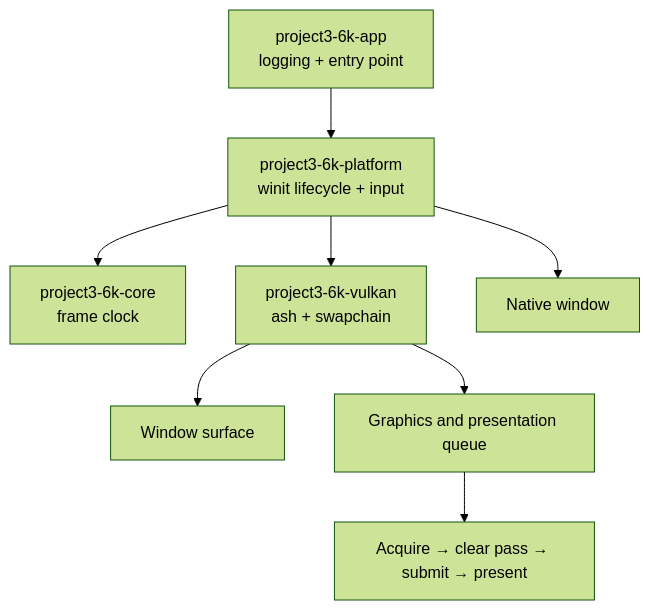
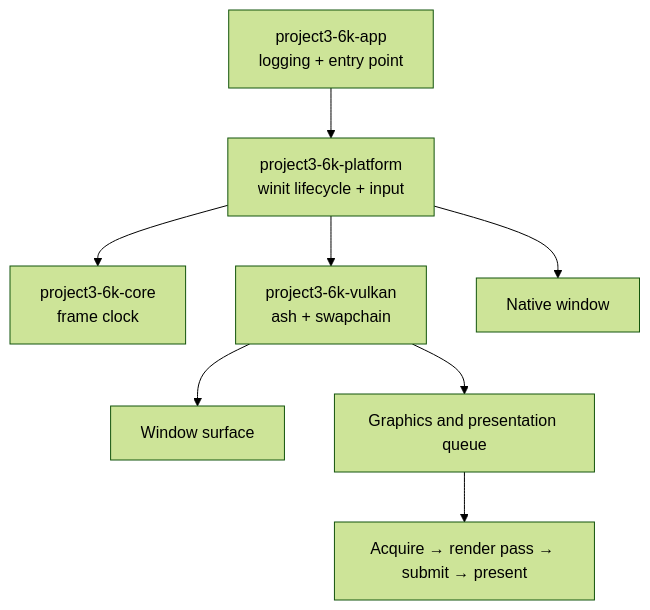
One commit to LarpingAgent/Project3.6k changed the diagram in ARCHITECTURE.md. Above: the diagram before and after it, drawn with Mermaid (forest theme). The commit also changed other lines of this file and 14 other files, not shown here.

````diff
--- a/ARCHITECTURE.md
+++ b/ARCHITECTURE.md
@@ -9,10 +9,10 @@
 ```mermaid
 flowchart TD
     App[project3-6k-app\nlogging + entry point] --> Platform[project3-6k-platform\nwinit lifecycle + input]
     Platform --> Core[project3-6k-core\nframe clock]
     Platform --> Vulkan[project3-6k-vulkan\nash + swapchain]
     Platform --> Window[Native window]
     Vulkan --> Surface[Window surface]
     Vulkan --> GPU[Graphics and presentation queue]
-    GPU --> Swapchain[Acquire → clear pass → submit → present]
+    GPU --> Swapchain[Acquire → render pass → submit → present]
 ```
````
